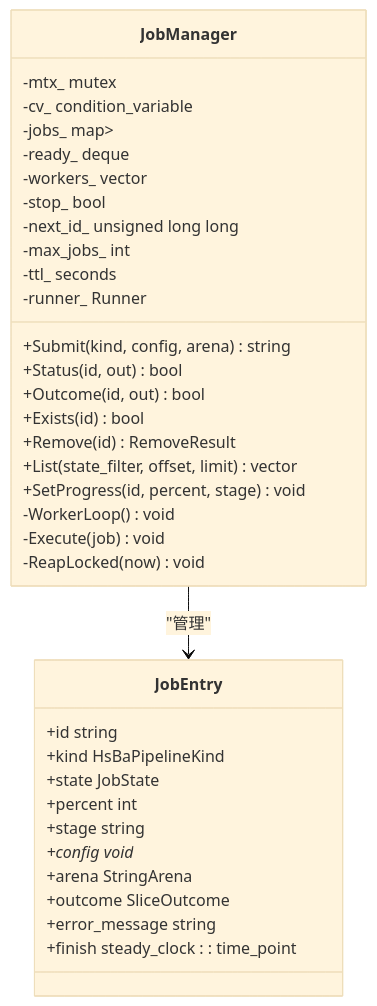
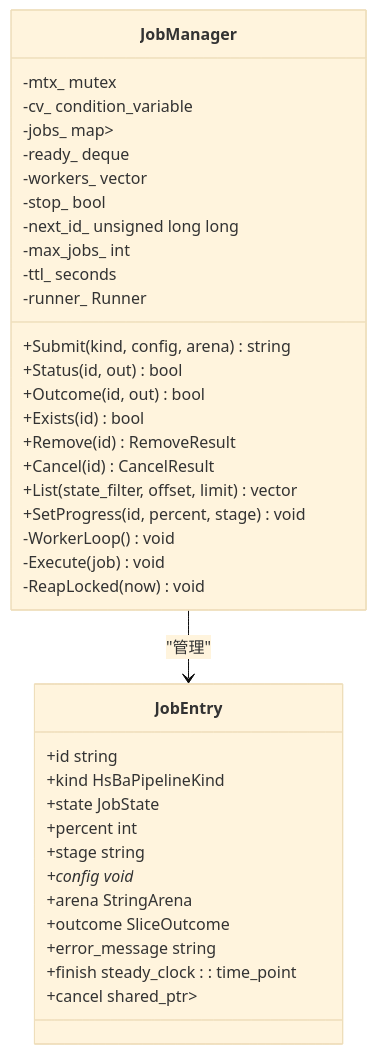
The ninth of 16 diagrams in .qoder/repowiki/zh/content/高级主题/REST API 服务进程.md (hsmbanlance/HsBaSlicer), drawn with Mermaid (base theme) before and after one commit. The commit also changed other lines of this file and 101 other files, not shown here.

````diff
--- a/.qoder/repowiki/zh/content/高级主题/REST API 服务进程.md
+++ b/.qoder/repowiki/zh/content/高级主题/REST API 服务进程.md
@@ -282,38 +371,40 @@
 ```mermaid
 classDiagram
 class JobManager {
 -mtx_ mutex
 -cv_ condition_variable
 -jobs_ map<string, unique_ptr<JobEntry>>
 -ready_ deque<string>
 -workers_ vector<thread>
 -stop_ bool
 -next_id_ unsigned long long
 -max_jobs_ int
 -ttl_ seconds
 -runner_ Runner
 +Submit(kind, config, arena) string
 +Status(id, out) bool
 +Outcome(id, out) bool
 +Exists(id) bool
 +Remove(id) RemoveResult
++Cancel(id) CancelResult
 +List(state_filter, offset, limit) vector<JobStatusView>
 +SetProgress(id, percent, stage) void
 -WorkerLoop() void
 -Execute(job) void
 -ReapLocked(now) void
 }
 class JobEntry {
 +id string
 +kind HsBaPipelineKind
 +state JobState
 +percent int
 +stage string
 +config void*
 +arena StringArena
 +outcome SliceOutcome
 +error_message string
 +finish steady_clock : : time_point
++cancel shared_ptr<atomic<bool>>
 }
 JobManager --> JobEntry : "管理"
 ```
````
